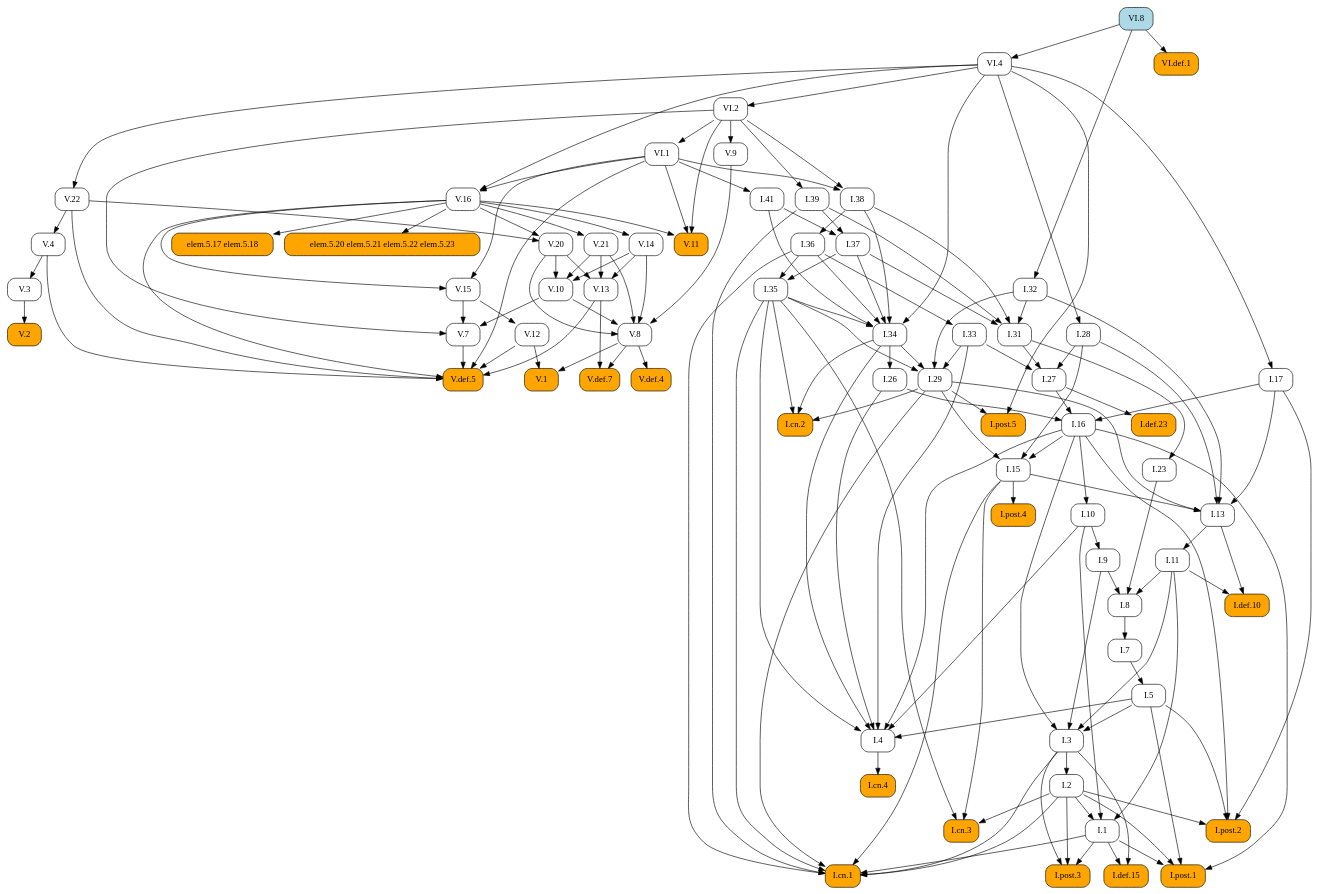
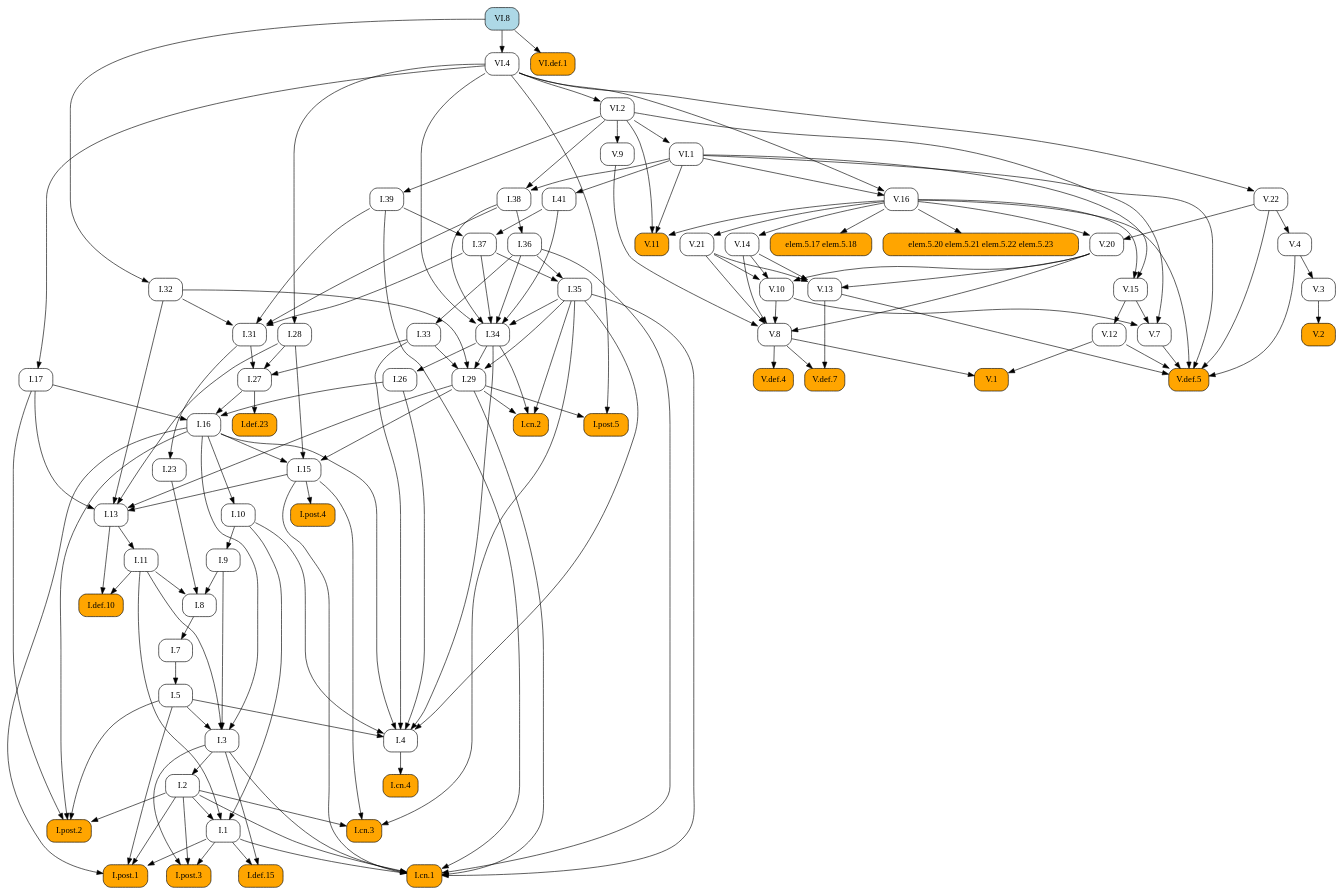
The diagram in docsrc/elements2/VI/8/index.rst (geometor/elements), drawn with Graphviz before and after one commit. The commit also changed other lines of this file and 171 other files, not shown here.

```diff
--- a/docsrc/elements2/VI/8/index.rst
+++ b/docsrc/elements2/VI/8/index.rst
@@ -57,154 +57,80 @@
    digraph {
      rankdir="TB";
      node [shape=box, style=rounded];
+     "V.20" [URL="/elements2/V/20/", target="_top"];
+     "I.8" [URL="/elements2/I/8/", target="_top"];
+     "I.36" [URL="/elements2/I/36/", target="_top"];
+     "V.def.5" [style="rounded,filled", fillcolor=orange, URL="/elements2/V/def.5/", target="_top"];
+     "I.38" [URL="/elements2/I/38/", target="_top"];
+     "I.post.5" [style="rounded,filled", fillcolor=orange, URL="/elements2/I/post.5/", target="_top"];
+     "I.def.10" [style="rounded,filled", fillcolor=orange, URL="/elements2/I/def.10/", target="_top"];
+     "I.cn.2" [style="rounded,filled", fillcolor=orange, URL="/elements2/I/cn.2/", target="_top"];
+     "I.31" [URL="/elements2/I/31/", target="_top"];
+     "I.post.2" [style="rounded,filled", fillcolor=orange, URL="/elements2/I/post.2/", target="_top"];
+     "I.def.23" [style="rounded,filled", fillcolor=orange, URL="/elements2/I/def.23/", target="_top"];
+     "I.26" [URL="/elements2/I/26/", target="_top"];
+     "V.3" [URL="/elements2/V/3/", target="_top"];
+     "I.cn.3" [style="rounded,filled", fillcolor=orange, URL="/elements2/I/cn.3/", target="_top"];
+     "V.2" [style="rounded,filled", fillcolor=orange, URL="/elements2/V/2/", target="_top"];
+     "V.12" [URL="/elements2/V/12/", target="_top"];
+     "V.22" [URL="/elements2/V/22/", target="_top"];
+     "I.35" [URL="/elements2/I/35/", target="_top"];
+     "I.41" [URL="/elements2/I/41/", target="_top"];
+     "I.28" [URL="/elements2/I/28/", target="_top"];
+     "I.27" [URL="/elements2/I/27/", target="_top"];
+     "I.4" [URL="/elements2/I/4/", target="_top"];
+     "V.8" [URL="/elements2/V/8/", target="_top"];
+     "VI.2" [URL="/elements2/VI/2/", target="_top"];
+     "I.39" [URL="/elements2/I/39/", target="_top"];
+     "I.15" [URL="/elements2/I/15/", target="_top"];
+     "I.34" [URL="/elements2/I/34/", target="_top"];
+     "VI.8" [style="rounded,filled", fillcolor=lightblue, URL="/elements2/VI/8/", target="_top"];
+     "I.post.3" [style="rounded,filled", fillcolor=orange, URL="/elements2/I/post.3/", target="_top"];
+     "I.32" [URL="/elements2/I/32/", target="_top"];
+     "I.post.1" [style="rounded,filled", fillcolor=orange, URL="/elements2/I/post.1/", target="_top"];
+     "V.def.4" [style="rounded,filled", fillcolor=orange, URL="/elements2/V/def.4/", target="_top"];
+     "I.33" [URL="/elements2/I/33/", target="_top"];
+     "I.5" [URL="/elements2/I/5/", target="_top"];
      "elem.5.17 elem.5.18" [style="rounded,filled", fillcolor=orange];
-     "V.7" [URL="/elements2/V/7/", target="_top"];
-     "I.32" [URL="/elements2/I/32/", target="_top"];
-     "VI.4" [URL="/elements2/VI/4/", target="_top"];
-     "I.cn.4" [style="rounded,filled", fillcolor=orange, URL="/elements2/I/cn.4/", target="_top"];
-     "I.post.3" [style="rounded,filled", fillcolor=orange, URL="/elements2/I/post.3/", target="_top"];
-     "V.22" [URL="/elements2/V/22/", target="_top"];
-     "V.def.7" [style="rounded,filled", fillcolor=orange, URL="/elements2/V/def.7/", target="_top"];
-     "I.41" [URL="/elements2/I/41/", target="_top"];
-     "I.27" [URL="/elements2/I/27/", target="_top"];
-     "I.post.2" [style="rounded,filled", fillcolor=orange, URL="/elements2/I/post.2/", target="_top"];
-     "I.13" [URL="/elements2/I/13/", target="_top"];
-     "I.10" [URL="/elements2/I/10/", target="_top"];
-     "I.post.1" [style="rounded,filled", fillcolor=orange, URL="/elements2/I/post.1/", target="_top"];
-     "I.7" [URL="/elements2/I/7/", target="_top"];
-     "VI.def.1" [style="rounded,filled", fillcolor=orange, URL="/elements2/VI/def.1/", target="_top"];
+     "VI.1" [URL="/elements2/VI/1/", target="_top"];
+     "V.11" [style="rounded,filled", fillcolor=orange, URL="/elements2/V/11/", target="_top"];
      "V.13" [URL="/elements2/V/13/", target="_top"];
+     "V.9" [URL="/elements2/V/9/", target="_top"];
      "V.16" [URL="/elements2/V/16/", target="_top"];
-     "V.1" [style="rounded,filled", fillcolor=orange, URL="/elements2/V/1/", target="_top"];
-     "V.8" [URL="/elements2/V/8/", target="_top"];
-     "elem.5.20 elem.5.21 elem.5.22 elem.5.23" [style="rounded,filled", fillcolor=orange];
-     "I.9" [URL="/elements2/I/9/", target="_top"];
-     "I.38" [URL="/elements2/I/38/", target="_top"];
-     "I.8" [URL="/elements2/I/8/", target="_top"];
-     "I.23" [URL="/elements2/I/23/", target="_top"];
-     "I.15" [URL="/elements2/I/15/", target="_top"];
-     "I.26" [URL="/elements2/I/26/", target="_top"];
-     "V.4" [URL="/elements2/V/4/", target="_top"];
-     "VI.1" [URL="/elements2/VI/1/", target="_top"];
-     "I.1" [URL="/elements2/I/1/", target="_top"];
-     "VI.8" [style="rounded,filled", fillcolor=lightblue, URL="/elements2/VI/8/", target="_top"];
-     "I.3" [URL="/elements2/I/3/", target="_top"];
-     "I.cn.3" [style="rounded,filled", fillcolor=orange, URL="/elements2/I/cn.3/", target="_top"];
-     "I.17" [URL="/elements2/I/17/", target="_top"];
-     "I.37" [URL="/elements2/I/37/", target="_top"];
-     "I.def.10" [style="rounded,filled", fillcolor=orange, URL="/elements2/I/def.10/", target="_top"];
-     "I.34" [URL="/elements2/I/34/", target="_top"];
-     "V.def.5" [style="rounded,filled", fillcolor=orange, URL="/elements2/V/def.5/", target="_top"];
      "I.def.15" [style="rounded,filled", fillcolor=orange, URL="/elements2/I/def.15/", target="_top"];
-     "I.28" [URL="/elements2/I/28/", target="_top"];
-     "I.36" [URL="/elements2/I/36/", target="_top"];
-     "V.10" [URL="/elements2/V/10/", target="_top"];
-     "V.14" [URL="/elements2/V/14/", target="_top"];
      "V.15" [URL="/elements2/V/15/", target="_top"];
      "I.11" [URL="/elements2/I/11/", target="_top"];
-     "I.4" [URL="/elements2/I/4/", target="_top"];
+     "I.3" [URL="/elements2/I/3/", target="_top"];
+     "V.14" [URL="/elements2/V/14/", target="_top"];
+     "VI.4" [URL="/elements2/VI/4/", target="_top"];
+     "V.10" [URL="/elements2/V/10/", target="_top"];
+     "I.1" [URL="/elements2/I/1/", target="_top"];
+     "I.cn.4" [style="rounded,filled", fillcolor=orange, URL="/elements2/I/cn.4/", target="_top"];
+     "I.23" [URL="/elements2/I/23/", target="_top"];
+     "I.7" [URL="/elements2/I/7/", target="_top"];
+     "I.17" [URL="/elements2/I/17/", target="_top"];
+     "I.9" [URL="/elements2/I/9/", target="_top"];
+     "V.7" [URL="/elements2/V/7/", target="_top"];
+     "I.cn.1" [style="rounded,filled", fillcolor=orange, URL="/elements2/I/cn.1/", target="_top"];
+     "I.29" [URL="/elements2/I/29/", target="_top"];
      "I.16" [URL="/elements2/I/16/", target="_top"];
      "V.21" [URL="/elements2/V/21/", target="_top"];
-     "I.def.23" [style="rounded,filled", fillcolor=orange, URL="/elements2/I/def.23/", target="_top"];
+     "I.13" [URL="/elements2/I/13/", target="_top"];
+     "elem.5.20 elem.5.21 elem.5.22 elem.5.23" [style="rounded,filled", fillcolor=orange];
+     "I.post.4" [style="rounded,filled", fillcolor=orange, URL="/elements2/I/post.4/", target="_top"];
+     "V.1" [style="rounded,filled", fillcolor=orange, URL="/elements2/V/1/", target="_top"];
+     "VI.def.1" [style="rounded,filled", fillcolor=orange, URL="/elements2/VI/def.1/", target="_top"];
      "I.2" [URL="/elements2/I/2/", target="_top"];
-     "I.cn.2" [style="rounded,filled", fillcolor=orange, URL="/elements2/I/cn.2/", target="_top"];
-     "I.post.5" [style="rounded,filled", fillcolor=orange, URL="/elements2/I/post.5/", target="_top"];
-     "VI.2" [URL="/elements2/VI/2/", target="_top"];
-     "V.3" [URL="/elements2/V/3/", target="_top"];
-     "V.def.4" [style="rounded,filled", fillcolor=orange, URL="/elements2/V/def.4/", target="_top"];
-     "I.35" [URL="/elements2/I/35/", target="_top"];
-     "V.11" [style="rounded,filled", fillcolor=orange, URL="/elements2/V/11/", target="_top"];
-     "V.2" [style="rounded,filled", fillcolor=orange, URL="/elements2/V/2/", target="_top"];
-     "I.31" [URL="/elements2/I/31/", target="_top"];
-     "I.33" [URL="/elements2/I/33/", target="_top"];
-     "I.post.4" [style="rounded,filled", fillcolor=orange, URL="/elements2/I/post.4/", target="_top"];
-     "I.39" [URL="/elements2/I/39/", target="_top"];
-     "I.cn.1" [style="rounded,filled", fillcolor=orange, URL="/elements2/I/cn.1/", target="_top"];
-     "V.9" [URL="/elements2/V/9/", target="_top"];
-     "I.29" [URL="/elements2/I/29/", target="_top"];
-     "I.5" [URL="/elements2/I/5/", target="_top"];
-     "V.12" [URL="/elements2/V/12/", target="_top"];
-     "V.20" [URL="/elements2/V/20/", target="_top"];
-     "V.16" -> "elem.5.17 elem.5.18";
-     "V.10" -> "V.7";
-     "V.15" -> "V.7";
-     "VI.2" -> "V.7";
-     "VI.8" -> "I.32";
-     "VI.8" -> "VI.4";
-     "I.4" -> "I.cn.4";
-     "I.1" -> "I.post.3";
-     "I.2" -> "I.post.3";
-     "I.3" -> "I.post.3";
-     "VI.4" -> "V.22";
-     "V.8" -> "V.def.7";
-     "V.13" -> "V.def.7";
-     "VI.1" -> "I.41";
-     "I.28" -> "I.27";
-     "I.31" -> "I.27";
-     "I.33" -> "I.27";
-     "I.2" -> "I.post.2";
-     "I.5" -> "I.post.2";
-     "I.16" -> "I.post.2";
-     "I.17" -> "I.post.2";
-     "I.15" -> "I.13";
-     "I.17" -> "I.13";
-     "I.28" -> "I.13";
-     "I.29" -> "I.13";
-     "I.32" -> "I.13";
-     "I.16" -> "I.10";
-     "I.1" -> "I.post.1";
-     "I.2" -> "I.post.1";
-     "I.5" -> "I.post.1";
-     "I.16" -> "I.post.1";
-     "I.8" -> "I.7";
-     "VI.8" -> "VI.def.1";
-     "V.14" -> "V.13";
-     "V.20" -> "V.13";
-     "V.21" -> "V.13";
-     "VI.1" -> "V.16";
-     "VI.4" -> "V.16";
-     "V.8" -> "V.1";
-     "V.12" -> "V.1";
-     "V.9" -> "V.8";
-     "V.10" -> "V.8";
-     "V.14" -> "V.8";
-     "V.20" -> "V.8";
-     "V.21" -> "V.8";
-     "V.16" -> "elem.5.20 elem.5.21 elem.5.22 elem.5.23";
-     "I.10" -> "I.9";
-     "VI.1" -> "I.38";
-     "VI.2" -> "I.38";
+     "I.37" [URL="/elements2/I/37/", target="_top"];
+     "I.10" [URL="/elements2/I/10/", target="_top"];
+     "V.def.7" [style="rounded,filled", fillcolor=orange, URL="/elements2/V/def.7/", target="_top"];
+     "V.4" [URL="/elements2/V/4/", target="_top"];
+     "V.16" -> "V.20";
+     "V.22" -> "V.20";
      "I.9" -> "I.8";
      "I.11" -> "I.8";
      "I.23" -> "I.8";
-     "I.31" -> "I.23";
-     "I.16" -> "I.15";
-     "I.28" -> "I.15";
-     "I.29" -> "I.15";
-     "I.34" -> "I.26";
-     "V.22" -> "V.4";
-     "VI.2" -> "VI.1";
-     "I.2" -> "I.1";
-     "I.10" -> "I.1";
-     "I.11" -> "I.1";
-     "I.5" -> "I.3";
-     "I.9" -> "I.3";
-     "I.11" -> "I.3";
-     "I.16" -> "I.3";
-     "I.2" -> "I.cn.3";
-     "I.15" -> "I.cn.3";
-     "I.35" -> "I.cn.3";
-     "VI.4" -> "I.17";
-     "I.39" -> "I.37";
-     "I.41" -> "I.37";
-     "I.11" -> "I.def.10";
-     "I.13" -> "I.def.10";
-     "I.35" -> "I.34";
-     "I.36" -> "I.34";
-     "I.37" -> "I.34";
-     "I.38" -> "I.34";
-     "I.41" -> "I.34";
-     "VI.4" -> "I.34";
+     "I.38" -> "I.36";
      "V.4" -> "V.def.5";
      "V.7" -> "V.def.5";
      "V.12" -> "V.def.5";
@@ -212,17 +138,39 @@
      "V.16" -> "V.def.5";
      "V.22" -> "V.def.5";
      "VI.1" -> "V.def.5";
-     "I.1" -> "I.def.15";
-     "I.3" -> "I.def.15";
+     "VI.1" -> "I.38";
+     "VI.2" -> "I.38";
+     "I.29" -> "I.post.5";
+     "VI.4" -> "I.post.5";
+     "I.11" -> "I.def.10";
+     "I.13" -> "I.def.10";
+     "I.29" -> "I.cn.2";
+     "I.34" -> "I.cn.2";
+     "I.35" -> "I.cn.2";
+     "I.32" -> "I.31";
+     "I.37" -> "I.31";
+     "I.38" -> "I.31";
+     "I.39" -> "I.31";
+     "I.2" -> "I.post.2";
+     "I.5" -> "I.post.2";
+     "I.16" -> "I.post.2";
+     "I.17" -> "I.post.2";
+     "I.27" -> "I.def.23";
+     "I.34" -> "I.26";
+     "V.4" -> "V.3";
+     "I.2" -> "I.cn.3";
+     "I.15" -> "I.cn.3";
+     "I.35" -> "I.cn.3";
+     "V.3" -> "V.2";
+     "V.15" -> "V.12";
+     "VI.4" -> "V.22";
+     "I.36" -> "I.35";
+     "I.37" -> "I.35";
+     "VI.1" -> "I.41";
      "VI.4" -> "I.28";
-     "I.38" -> "I.36";
-     "V.14" -> "V.10";
-     "V.20" -> "V.10";
-     "V.21" -> "V.10";
-     "V.16" -> "V.14";
-     "V.16" -> "V.15";
-     "VI.1" -> "V.15";
-     "I.13" -> "I.11";
+     "I.28" -> "I.27";
+     "I.31" -> "I.27";
+     "I.33" -> "I.27";
      "I.5" -> "I.4";
      "I.10" -> "I.4";
      "I.16" -> "I.4";
@@ -230,33 +178,69 @@
      "I.33" -> "I.4";
      "I.34" -> "I.4";
      "I.35" -> "I.4";
-     "I.17" -> "I.16";
-     "I.26" -> "I.16";
-     "I.27" -> "I.16";
-     "V.16" -> "V.21";
-     "I.27" -> "I.def.23";
-     "I.3" -> "I.2";
-     "I.29" -> "I.cn.2";
-     "I.34" -> "I.cn.2";
-     "I.35" -> "I.cn.2";
-     "I.29" -> "I.post.5";
-     "VI.4" -> "I.post.5";
+     "V.9" -> "V.8";
+     "V.10" -> "V.8";
+     "V.14" -> "V.8";
+     "V.20" -> "V.8";
+     "V.21" -> "V.8";
      "VI.4" -> "VI.2";
-     "V.4" -> "V.3";
+     "VI.2" -> "I.39";
+     "I.16" -> "I.15";
+     "I.28" -> "I.15";
+     "I.29" -> "I.15";
+     "I.35" -> "I.34";
+     "I.36" -> "I.34";
+     "I.37" -> "I.34";
+     "I.38" -> "I.34";
+     "I.41" -> "I.34";
+     "VI.4" -> "I.34";
+     "I.1" -> "I.post.3";
+     "I.2" -> "I.post.3";
+     "I.3" -> "I.post.3";
+     "VI.8" -> "I.32";
+     "I.1" -> "I.post.1";
+     "I.2" -> "I.post.1";
+     "I.5" -> "I.post.1";
+     "I.16" -> "I.post.1";
      "V.8" -> "V.def.4";
-     "I.36" -> "I.35";
-     "I.37" -> "I.35";
+     "I.36" -> "I.33";
+     "I.7" -> "I.5";
+     "V.16" -> "elem.5.17 elem.5.18";
+     "VI.2" -> "VI.1";
      "V.16" -> "V.11";
      "VI.1" -> "V.11";
      "VI.2" -> "V.11";
-     "V.3" -> "V.2";
-     "I.32" -> "I.31";
-     "I.37" -> "I.31";
-     "I.38" -> "I.31";
-     "I.39" -> "I.31";
-     "I.36" -> "I.33";
-     "I.15" -> "I.post.4";
-     "VI.2" -> "I.39";
+     "V.14" -> "V.13";
+     "V.20" -> "V.13";
+     "V.21" -> "V.13";
+     "VI.2" -> "V.9";
+     "VI.1" -> "V.16";
+     "VI.4" -> "V.16";
+     "I.1" -> "I.def.15";
+     "I.3" -> "I.def.15";
+     "V.16" -> "V.15";
+     "VI.1" -> "V.15";
+     "I.13" -> "I.11";
+     "I.5" -> "I.3";
+     "I.9" -> "I.3";
+     "I.11" -> "I.3";
+     "I.16" -> "I.3";
+     "V.16" -> "V.14";
+     "VI.8" -> "VI.4";
+     "V.14" -> "V.10";
+     "V.20" -> "V.10";
+     "V.21" -> "V.10";
+     "I.2" -> "I.1";
+     "I.10" -> "I.1";
+     "I.11" -> "I.1";
+     "I.4" -> "I.cn.4";
+     "I.31" -> "I.23";
+     "I.8" -> "I.7";
+     "VI.4" -> "I.17";
+     "I.10" -> "I.9";
+     "V.10" -> "V.7";
+     "V.15" -> "V.7";
+     "VI.2" -> "V.7";
      "I.1" -> "I.cn.1";
      "I.2" -> "I.cn.1";
      "I.3" -> "I.cn.1";
@@ -265,13 +249,29 @@
      "I.35" -> "I.cn.1";
      "I.36" -> "I.cn.1";
      "I.39" -> "I.cn.1";
-     "VI.2" -> "V.9";
      "I.32" -> "I.29";
      "I.33" -> "I.29";
      "I.34" -> "I.29";
      "I.35" -> "I.29";
-     "I.7" -> "I.5";
-     "V.15" -> "V.12";
-     "V.16" -> "V.20";
-     "V.22" -> "V.20";
+     "I.17" -> "I.16";
+     "I.26" -> "I.16";
+     "I.27" -> "I.16";
+     "V.16" -> "V.21";
+     "I.15" -> "I.13";
+     "I.17" -> "I.13";
+     "I.28" -> "I.13";
+     "I.29" -> "I.13";
+     "I.32" -> "I.13";
+     "V.16" -> "elem.5.20 elem.5.21 elem.5.22 elem.5.23";
+     "I.15" -> "I.post.4";
+     "V.8" -> "V.1";
+     "V.12" -> "V.1";
+     "VI.8" -> "VI.def.1";
+     "I.3" -> "I.2";
+     "I.39" -> "I.37";
+     "I.41" -> "I.37";
+     "I.16" -> "I.10";
+     "V.8" -> "V.def.7";
+     "V.13" -> "V.def.7";
+     "V.22" -> "V.4";
    }
```
